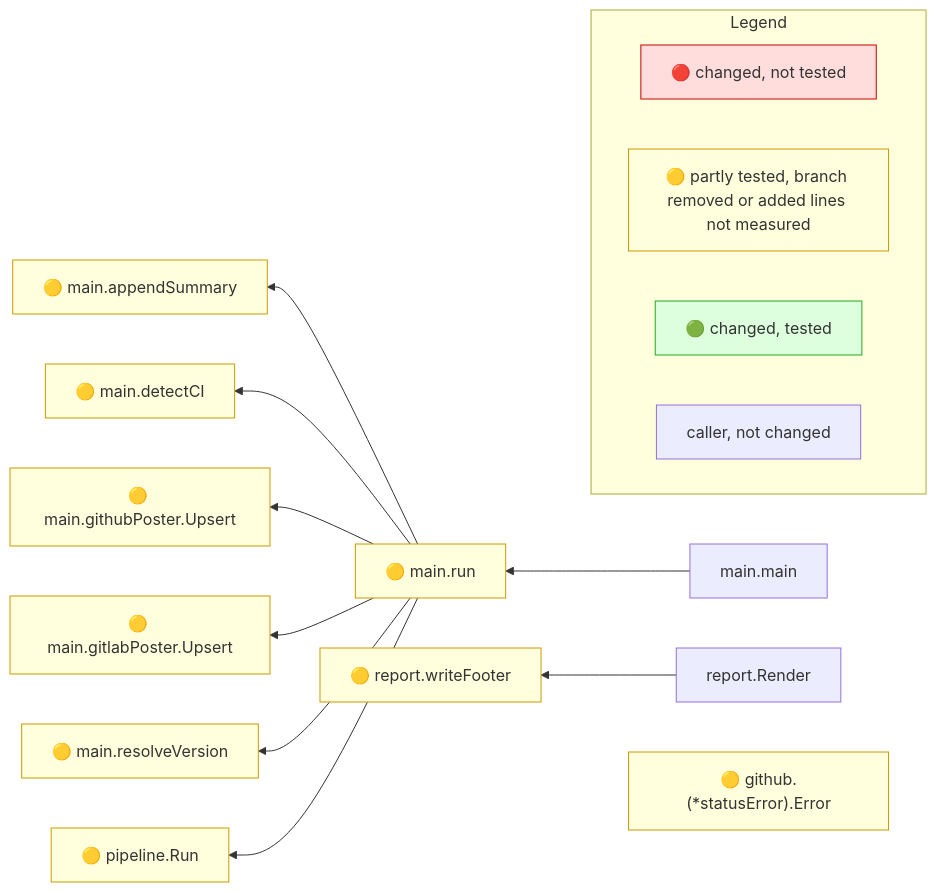
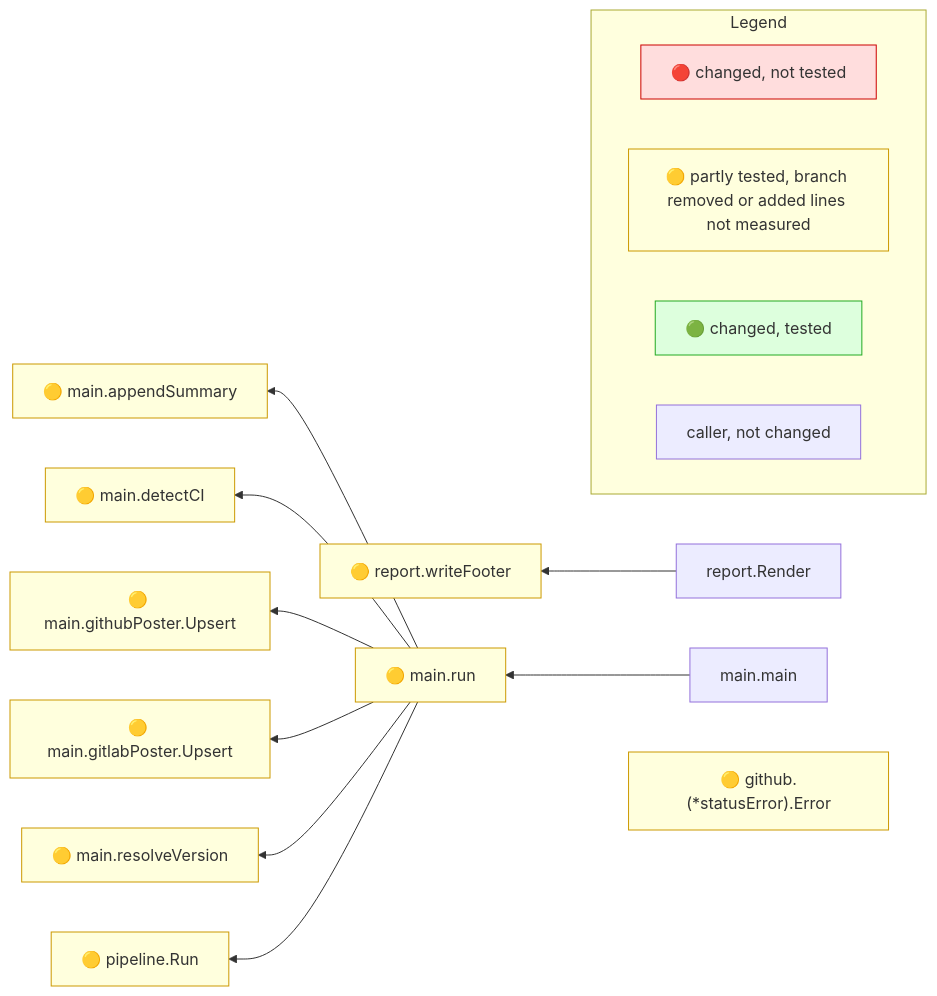
Before and after one commit to Kevinbarrero/mr-impact: the diagram in README.md, drawn with Mermaid. The commit also changed other lines of this file, not shown here.

Commit message:
docs(readme): regenerate the sample note from a real run
The hand-edited sample showed reasons and an order the current rules do
not produce; this is the unedited note for the same change.

````diff
--- a/README.md
+++ b/README.md
@@ -91,32 +91,32 @@
 ```mermaid
 flowchart RL
-  n0["🟡 main.run"]:::yellow
-  n1["main.main"]
-  n2["🟡 main.appendSummary"]:::yellow
-  n3["🟡 main.detectCI"]:::yellow
-  n4["🟡 main.githubPoster.Upsert"]:::yellow
-  n5["🟡 main.gitlabPoster.Upsert"]:::yellow
-  n6["🟡 main.resolveVersion"]:::yellow
-  n7["🟡 pipeline.Run"]:::yellow
-  n8["🟡 report.writeFooter"]:::yellow
-  n9["report.Render"]
+  n0["🟡 main.appendSummary"]:::yellow
+  n1["🟡 main.detectCI"]:::yellow
+  n2["🟡 main.githubPoster.Upsert"]:::yellow
+  n3["🟡 main.gitlabPoster.Upsert"]:::yellow
+  n4["🟡 main.resolveVersion"]:::yellow
+  n5["🟡 pipeline.Run"]:::yellow
+  n6["🟡 report.writeFooter"]:::yellow
+  n7["report.Render"]
+  n8["🟡 main.run"]:::yellow
+  n9["main.main"]
   n10["🟡 github.(*statusError).Error"]:::yellow
-  n1 --> n0
+  n7 --> n6
   n9 --> n8
-  n0 --> n2
-  n0 --> n3
-  n0 --> n4
-  n0 --> n5
-  n0 --> n6
-  n0 --> n7
+  n8 --> n0
+  n8 --> n1
+  n8 --> n2
+  n8 --> n3
+  n8 --> n4
+  n8 --> n5
   subgraph legend ["Legend"]
     direction LR
     lr["🔴 changed, not tested"]:::red
     ly["🟡 partly tested, branch removed or added lines not measured"]:::yellow
     lg["🟢 changed, tested"]:::green
     lc["caller, not changed"]
   end
   classDef red fill:#fdd,stroke:#c00
   classDef yellow fill:#ffd,stroke:#c90
   classDef green fill:#dfd,stroke:#2a2
 ```
````
